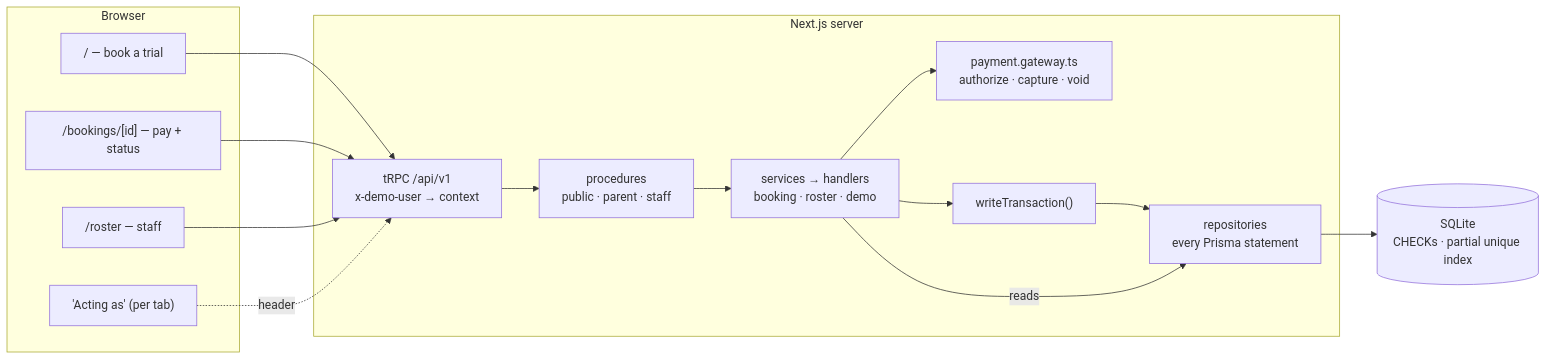
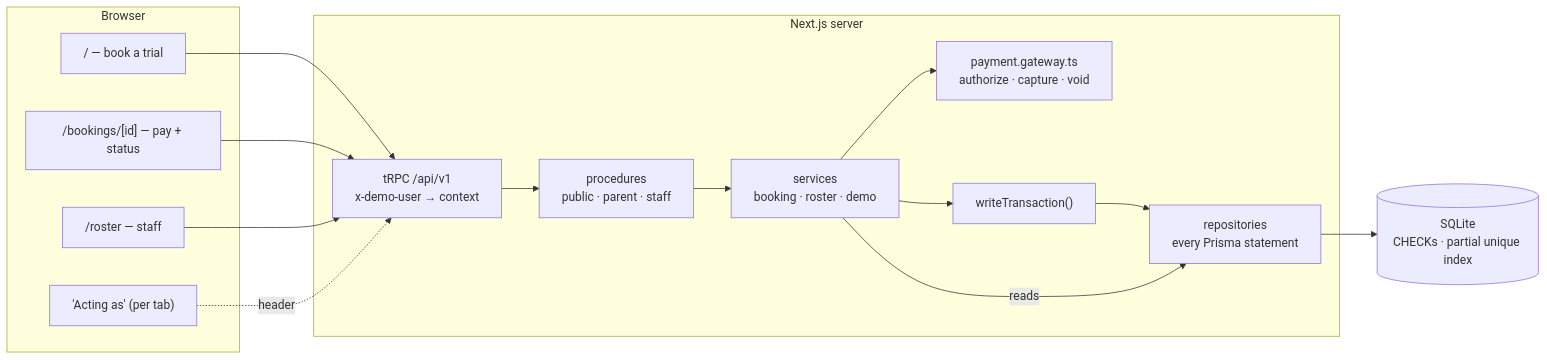
The first of 3 diagrams in docs/ARCHITECTURE.md (ferdianqbl/ottodot-trial-booking), drawn with Mermaid before and after one commit. The commit also changed other lines of this file and 3 other files, not shown here.

````diff
--- a/docs/ARCHITECTURE.md
+++ b/docs/ARCHITECTURE.md
@@ -19,28 +19,28 @@
 ```mermaid
 flowchart LR
     subgraph Browser
         Book["/ — book a trial"]
         Detail["/bookings/[id] — pay + status"]
         Roster["/roster — staff"]
         Persona["'Acting as' (per tab)"]
     end
 
     subgraph Next["Next.js server"]
         TRPC["tRPC /api/v1<br/>x-demo-user → context"]
         Proc["procedures<br/>public · parent · staff"]
-        Svc["services → handlers<br/>booking · roster · demo"]
+        Svc["services<br/>booking · roster · demo"]
         Repo["repositories<br/>every Prisma statement"]
         Gateway["payment.gateway.ts<br/>authorize · capture · void"]
         WT["writeTransaction()"]
     end
 
     DB[("SQLite<br/>CHECKs · partial unique index")]
 
     Book & Detail & Roster --> TRPC
     Persona -. header .-> TRPC
     TRPC --> Proc --> Svc
     Svc --> Gateway
     Svc --> WT --> Repo
     Svc -->|reads| Repo
     Repo --> DB
 ```
````
